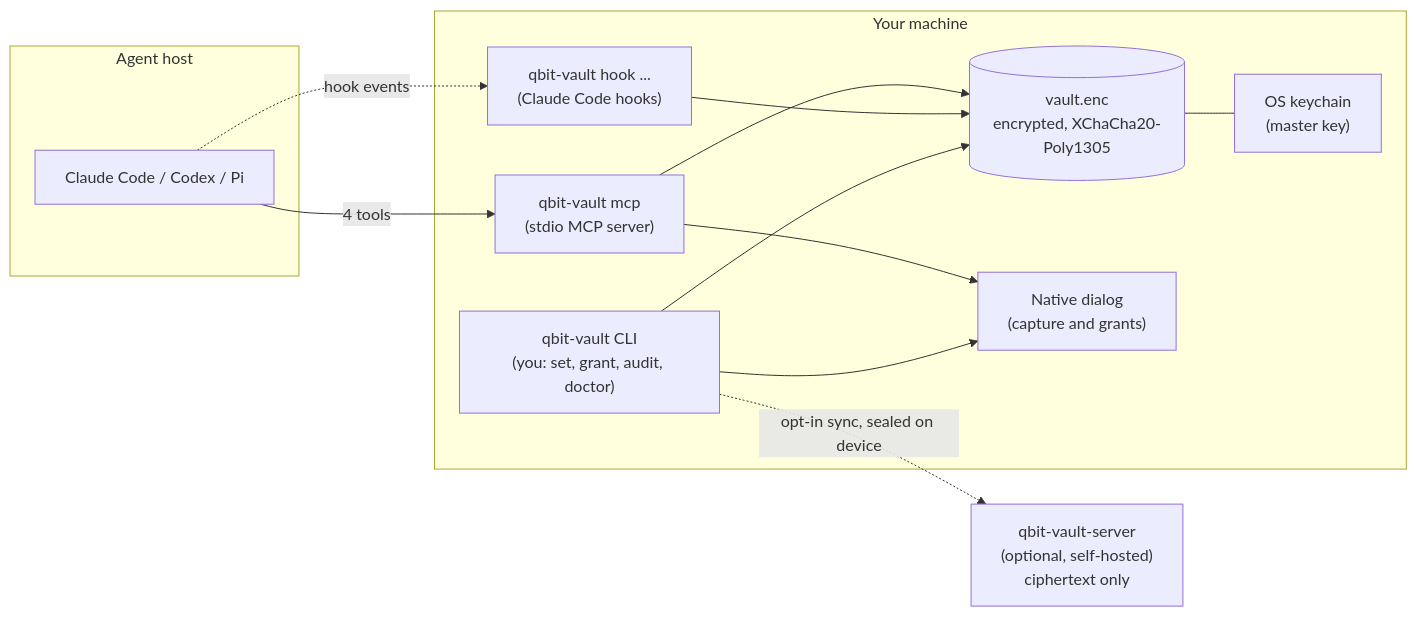
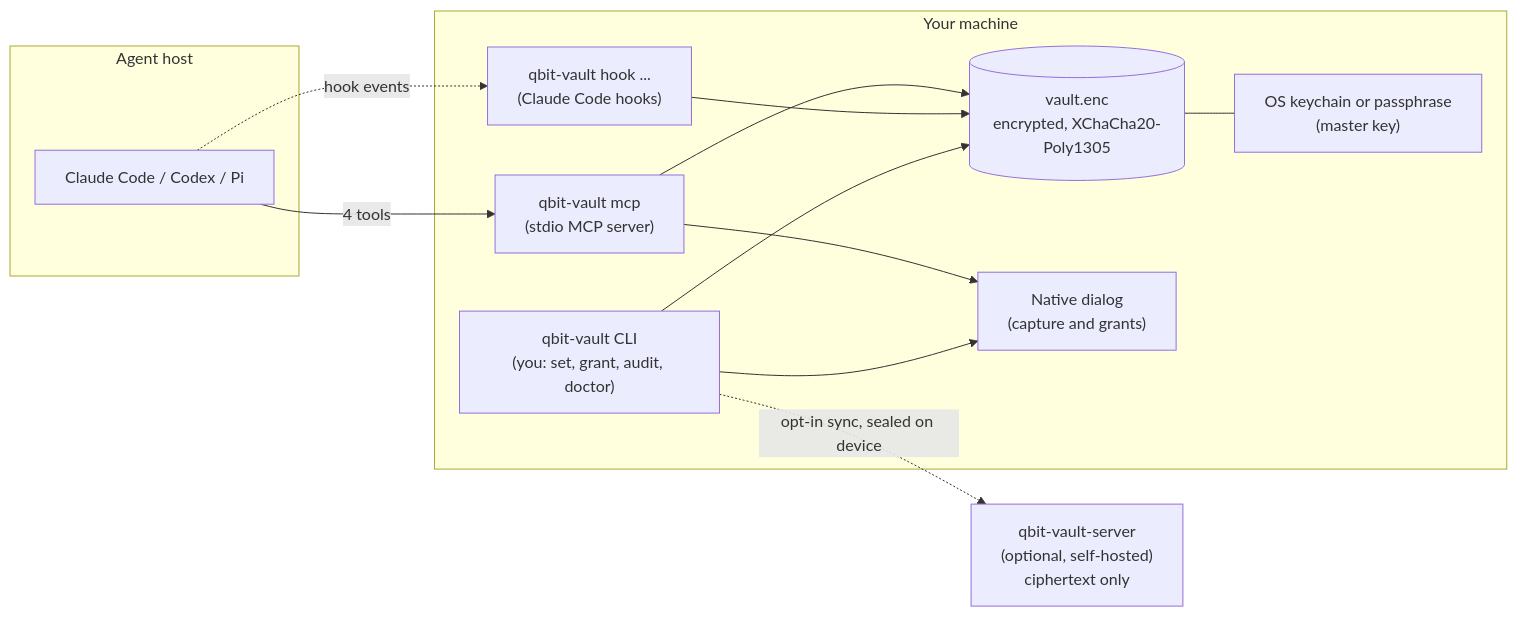
Before and after one commit to QuBiit0/qbit-vault: the second of 2 diagrams in README.md, drawn with Mermaid. The commit also changed other lines of this file, not shown here.

````diff
--- a/README.md
+++ b/README.md
@@ -57,25 +144,25 @@
 ```mermaid
 flowchart LR
     subgraph Host["Agent host"]
         A["Claude Code / Codex / Pi"]
     end
     subgraph Local["Your machine"]
         MCP["qbit-vault mcp<br/>(stdio MCP server)"]
         HK["qbit-vault hook ...<br/>(Claude Code hooks)"]
         CLI["qbit-vault CLI<br/>(you: set, grant, audit, doctor)"]
         V[("vault.enc<br/>encrypted, XChaCha20-Poly1305")]
-        K["OS keychain<br/>(master key)"]
+        K["OS keychain or passphrase<br/>(master key)"]
         P["Native dialog<br/>(capture and grants)"]
     end
     S["qbit-vault-server<br/>(optional, self-hosted)<br/>ciphertext only"]
 
     A -- "4 tools" --> MCP
     A -. "hook events" .-> HK
     MCP --> V
     HK --> V
     CLI --> V
     V --- K
     MCP --> P
     CLI --> P
     CLI -. "opt-in sync, sealed on device" .-> S
 ```
````
